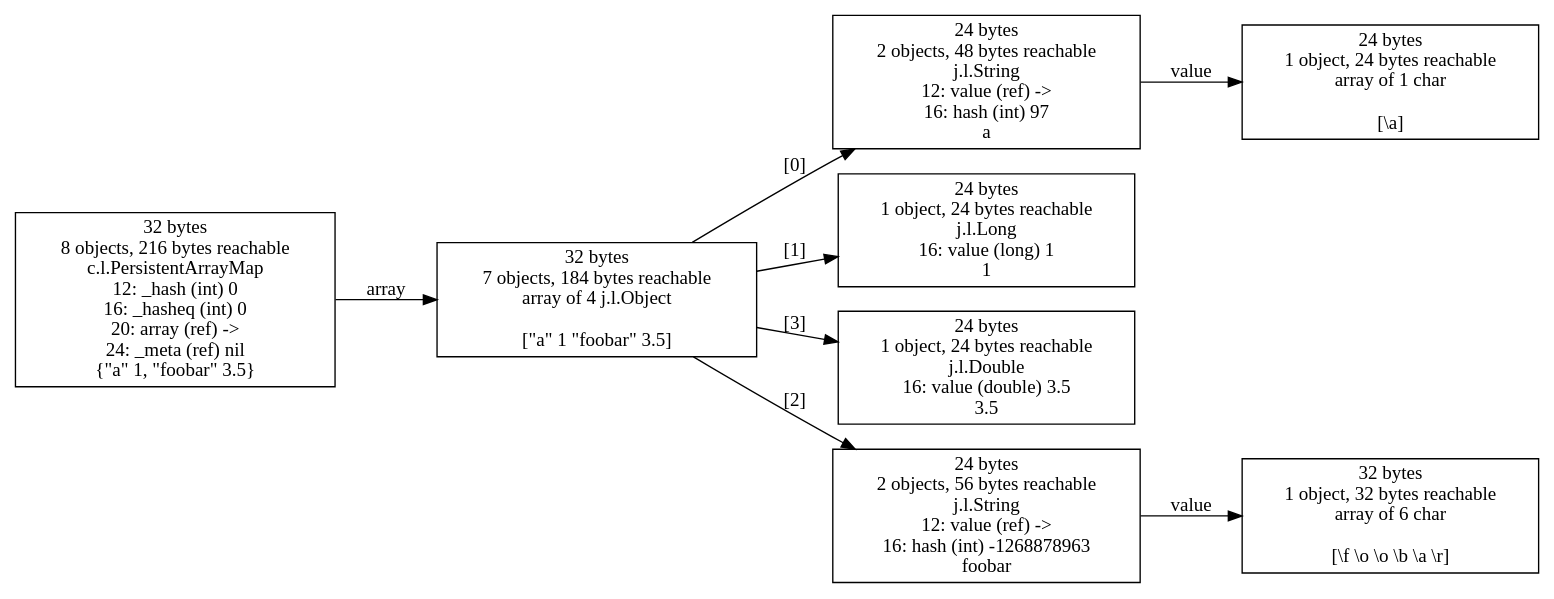
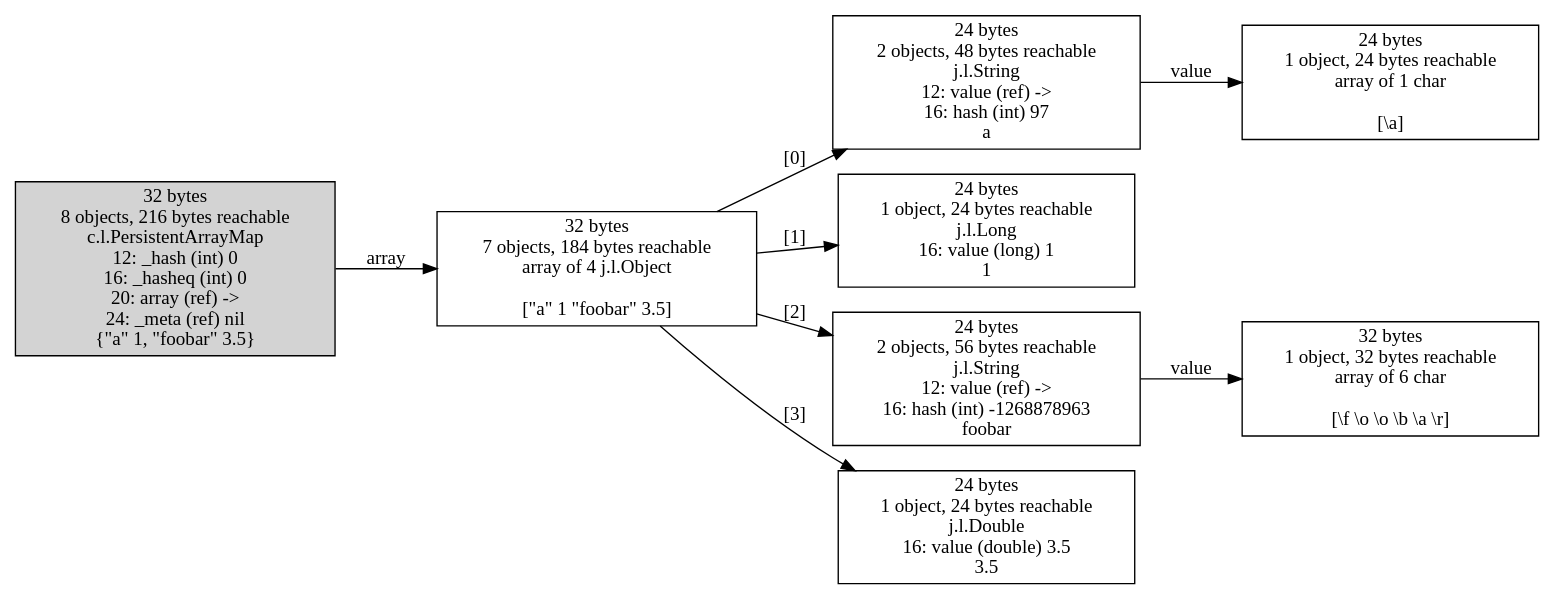
The diagram in doc/images/compressed-oops-enabled/map2-Linux-4.15.0-54-jdk-Oracle-1.8.0_192-clj-1.10.1.dot (jafingerhut/cljol), drawn with Graphviz before and after one commit. The commit also changed 13 other files, not shown here.

```diff
--- a/doc/images/compressed-oops-enabled/map2-Linux-4.15.0-54-jdk-Oracle-1.8.0_192-clj-1.10.1.dot
+++ b/doc/images/compressed-oops-enabled/map2-Linux-4.15.0-54-jdk-Oracle-1.8.0_192-clj-1.10.1.dot
@@ -1,55 +1,55 @@
 digraph {
 graph [layout=dot,rankdir=LR];
-"26107869696" [label="24 bytes
+"26094299008" ["scc-num-nodes"=1,label="24 bytes
 2 objects, 48 bytes reachable
 j.l.String
 12: value (ref) ->
 16: hash (int) 97
 a",shape=box];
-"26107869888" [label="24 bytes
+"26094299200" ["scc-num-nodes"=1,label="24 bytes
 1 object, 24 bytes reachable
 array of 1 char
 
 [\\a]",shape=box];
-"26108268928" [label="24 bytes
+"26095705984" ["scc-num-nodes"=1,label="24 bytes
 1 object, 24 bytes reachable
 j.l.Long
 16: value (long) 1
 1",shape=box];
-"26149733696" [label="32 bytes
+"31657675008" ["scc-num-nodes"=1,label="24 bytes
+2 objects, 56 bytes reachable
+j.l.String
+12: value (ref) ->
+16: hash (int) -1268878963
+foobar",shape=box];
+"31657675200" ["scc-num-nodes"=1,label="32 bytes
+1 object, 32 bytes reachable
+array of 6 char
+
+[\\f \\o \\o \\b \\a \\r]",shape=box];
+"31681196032" ["scc-num-nodes"=1,label="32 bytes
+7 objects, 184 bytes reachable
+array of 4 j.l.Object
+
+[\"a\" 1 \"foobar\" 3.5]",shape=box];
+"31681200448" ["scc-num-nodes"=1,label="24 bytes
+1 object, 24 bytes reachable
+j.l.Double
+16: value (double) 3.5
+3.5",shape=box];
+"31681200640" ["scc-num-nodes"=1,style=filled,label="32 bytes
 8 objects, 216 bytes reachable
 c.l.PersistentArrayMap
 12: _hash (int) 0
 16: _hasheq (int) 0
 20: array (ref) ->
 24: _meta (ref) nil
 {\"a\" 1, \"foobar\" 3.5}",shape=box];
-"26149733952" [label="32 bytes
-7 objects, 184 bytes reachable
-array of 4 j.l.Object
-
-[\"a\" 1 \"foobar\" 3.5]",shape=box];
-"26149734208" [label="24 bytes
-1 object, 24 bytes reachable
-j.l.Double
-16: value (double) 3.5
-3.5",shape=box];
-"26149734400" [label="24 bytes
-2 objects, 56 bytes reachable
-j.l.String
-12: value (ref) ->
-16: hash (int) -1268878963
-foobar",shape=box];
-"26149734592" [label="32 bytes
-1 object, 32 bytes reachable
-array of 6 char
-
-[\\f \\o \\o \\b \\a \\r]",shape=box];
-"26107869696" -> "26107869888" ["field-name"=value,label=value];
-"26149733696" -> "26149733952" ["field-name"=array,label=array];
-"26149733952" -> "26107869696" ["field-name"="[0]",label="[0]"];
-"26149733952" -> "26108268928" ["field-name"="[1]",label="[1]"];
-"26149733952" -> "26149734400" ["field-name"="[2]",label="[2]"];
-"26149733952" -> "26149734208" ["field-name"="[3]",label="[3]"];
-"26149734400" -> "26149734592" ["field-name"=value,label=value];
+"26094299008" -> "26094299200" ["field-name"=value,label=value];
+"31657675008" -> "31657675200" ["field-name"=value,label=value];
+"31681196032" -> "26094299008" ["field-name"="[0]",label="[0]"];
+"31681196032" -> "26095705984" ["field-name"="[1]",label="[1]"];
+"31681196032" -> "31657675008" ["field-name"="[2]",label="[2]"];
+"31681196032" -> "31681200448" ["field-name"="[3]",label="[3]"];
+"31681200640" -> "31681196032" ["field-name"=array,label=array];
 } 
```
